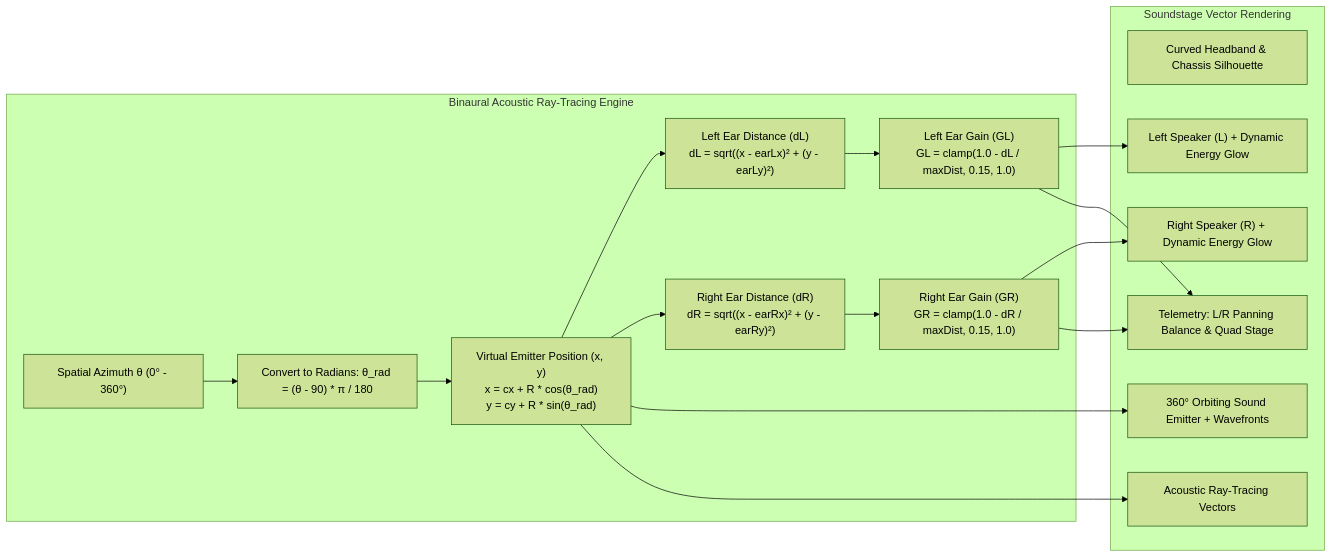
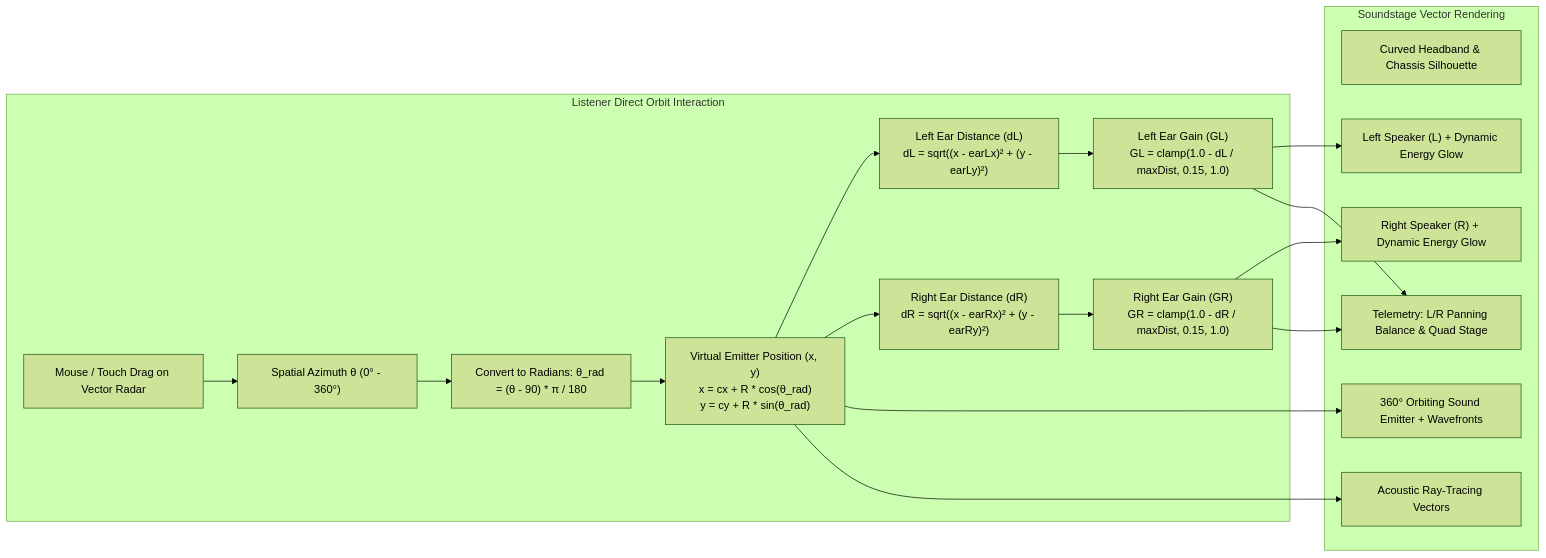
The second of 3 diagrams in README.md (calin-m/RoH-Sound), drawn with Mermaid (forest theme) before and after one commit. The commit also changed other lines of this file and 10 other files, not shown here.

````diff
--- a/README.md
+++ b/README.md
@@ -112,34 +110,35 @@
 ```mermaid
 flowchart LR
-    subgraph HRTFEngine ["Binaural Acoustic Ray-Tracing Engine"]
+    subgraph UserInput ["Listener Direct Orbit Interaction"]
+        Pointer["Mouse / Touch Drag on Vector Radar"]
         Angle["Spatial Azimuth θ (0° - 360°)"]
         
         CalcRad["Convert to Radians: θ_rad = (θ - 90) * π / 180"]
         EmitterPos["Virtual Emitter Position (x, y)\nx = cx + R * cos(θ_rad)\ny = cy + R * sin(θ_rad)"]
         
         DistanceL["Left Ear Distance (dL)\ndL = sqrt((x - earLx)² + (y - earLy)²)"]
         DistanceR["Right Ear Distance (dR)\ndR = sqrt((x - earRx)² + (y - earRy)²)"]
         
         GainL["Left Ear Gain (GL)\nGL = clamp(1.0 - dL / maxDist, 0.15, 1.0)"]
         GainR["Right Ear Gain (GR)\nGR = clamp(1.0 - dR / maxDist, 0.15, 1.0)"]
         
-        Angle --> CalcRad --> EmitterPos
+        Pointer --> Angle --> CalcRad --> EmitterPos
         EmitterPos --> DistanceL --> GainL
         EmitterPos --> DistanceR --> GainR
     end
     
     subgraph SVGDisplay ["Soundstage Vector Rendering"]
         Headband["Curved Headband & Chassis Silhouette"]
         LeftDriver["Left Speaker (L) + Dynamic Energy Glow"]
         RightDriver["Right Speaker (R) + Dynamic Energy Glow"]
         Emitter["360° Orbiting Sound Emitter + Wavefronts"]
         Rays["Acoustic Ray-Tracing Vectors"]
         Telemetry["Telemetry: L/R Panning Balance & Quad Stage"]
         
         GainL --> LeftDriver
         GainR --> RightDriver
         EmitterPos --> Emitter
         EmitterPos --> Rays
         GainL & GainR --> Telemetry
     end
 ```
````
